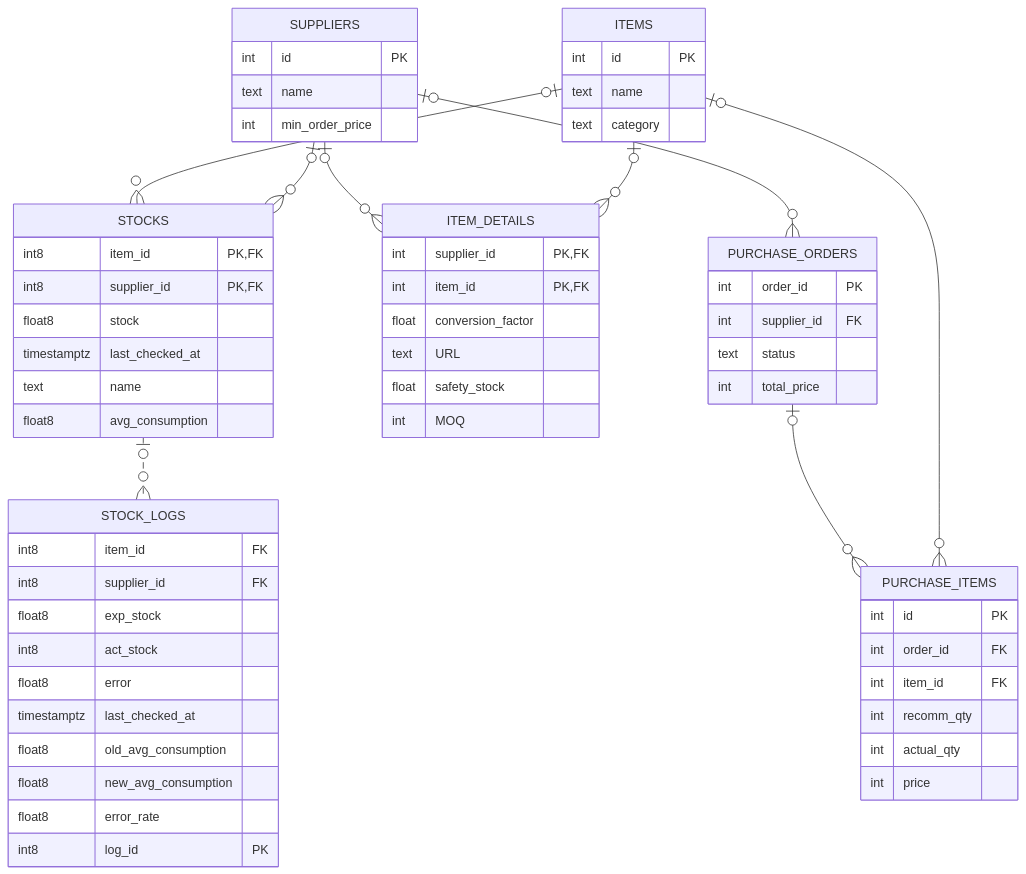
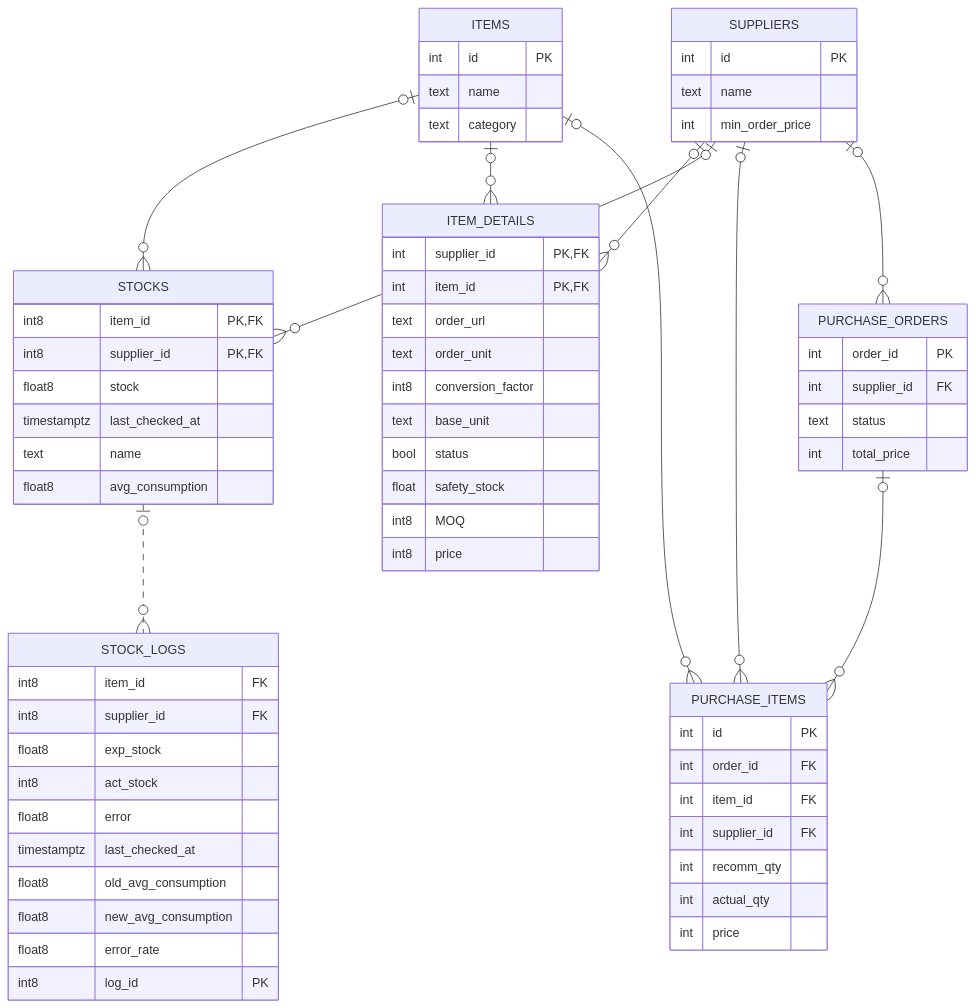
Before and after one commit to JSHUH0401/Stock-Management-System: the diagram in README.md, drawn with Mermaid.

````diff
--- a/README.md
+++ b/README.md
@@ -28,71 +28,77 @@
 ```mermaid
 erDiagram
     %% [Domain 1: Master Data]
     ITEMS |o--o{ STOCKS : ""
     SUPPLIERS |o--o{ ITEM_DETAILS : ""
     ITEMS |o--o{ ITEM_DETAILS : ""
     SUPPLIERS |o--o{STOCKS : ""
     STOCKS |o..o{ STOCK_LOGS : ""
 
     %% [Domain 3: Transaction]
     PURCHASE_ORDERS |o--o{ PURCHASE_ITEMS : ""
     ITEMS |o--o{ PURCHASE_ITEMS : ""
+    SUPPLIERS |o--o{ PURCHASE_ITEMS : ""
     SUPPLIERS |o--o{ PURCHASE_ORDERS : ""
     ITEMS {
         int id PK
         text name
         text category
     }
 
     SUPPLIERS {
         int id PK
         text name
         int min_order_price
     }
 
     ITEM_DETAILS {
         int supplier_id PK, FK
         int item_id PK, FK
-        float conversion_factor
-        text URL
+        text order_url
+        text order_unit
+        int8 conversion_factor
+        text base_unit
+        bool status
         float safety_stock
-        int MOQ
+        int8 MOQ
+        int8 price
     }
 
     STOCKS {
         int8 item_id PK, FK
         int8 supplier_id PK, FK
         float8 stock
         timestamptz last_checked_at
         text name
         float8 avg_consumption
     }
 
     STOCK_LOGS {
         int8 item_id FK
         int8 supplier_id FK
         float8 exp_stock
         int8 act_stock
         float8 error
         timestamptz last_checked_at
         float8 old_avg_consumption
         float8 new_avg_consumption
         float8 error_rate
         int8 log_id PK
     }
     PURCHASE_ORDERS {
         int order_id PK
         int supplier_id FK
         text status
         int total_price
     }
 
     PURCHASE_ITEMS {
         int id PK
         int order_id FK
         int item_id FK
+        int supplier_id FK
         int recomm_qty
         int actual_qty
         int price
     }
 ```
````
